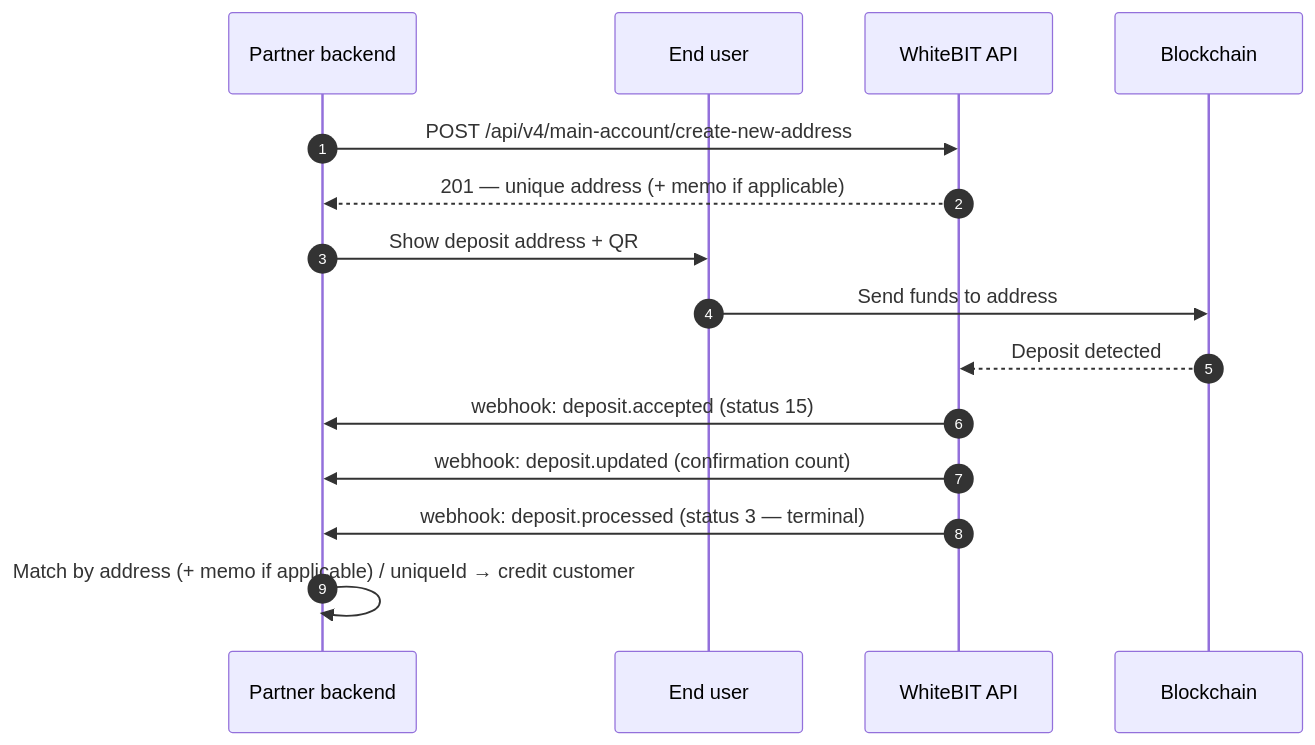
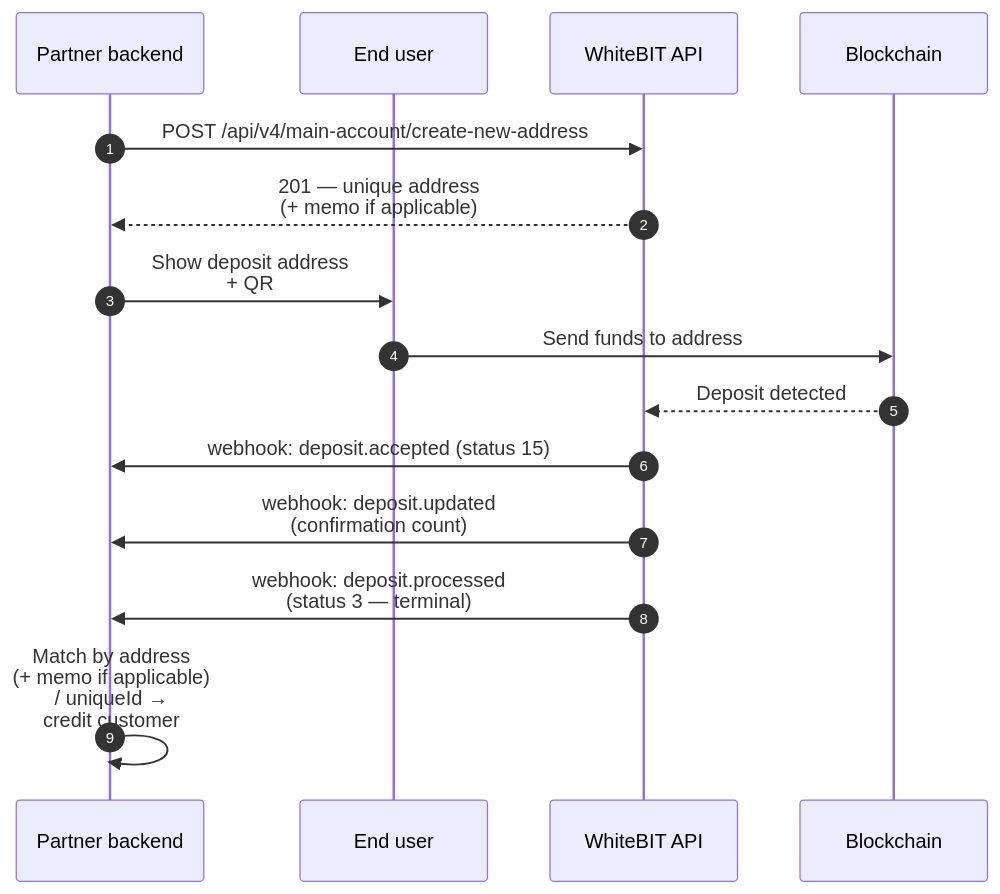
One commit to whitebit-exchange/docs changed the first of 10 diagrams in guides/payment-integration.mdx. Above: the diagram before and after it, drawn with Mermaid. The commit also changed other lines of this file and 4 other files, not shown here.

Commit message:
fix(guide): narrow the branch diagrams to a readable label size

````diff
--- a/guides/payment-integration.mdx
+++ b/guides/payment-integration.mdx
@@ -36,18 +36,18 @@
 ```mermaid
 sequenceDiagram
     autonumber
     participant P as Partner backend
     participant U as End user
     participant W as WhiteBIT API
     participant B as Blockchain
 
     P->>W: POST /api/v4/main-account/create-new-address
-    W-->>P: 201 — unique address (+ memo if applicable)
-    P->>U: Show deposit address + QR
+    W-->>P: 201 — unique address<br/>(+ memo if applicable)
+    P->>U: Show deposit address<br/>+ QR
     U->>B: Send funds to address
     B-->>W: Deposit detected
     W->>P: webhook: deposit.accepted (status 15)
-    W->>P: webhook: deposit.updated (confirmation count)
-    W->>P: webhook: deposit.processed (status 3 — terminal)
-    P->>P: Match by address (+ memo if applicable) / uniqueId → credit customer
+    W->>P: webhook: deposit.updated<br/>(confirmation count)
+    W->>P: webhook: deposit.processed<br/>(status 3 — terminal)
+    P->>P: Match by address<br/>(+ memo if applicable)<br/>/ uniqueId →<br/>credit customer
 ```
````
